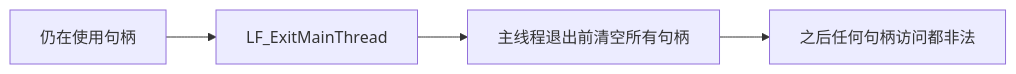
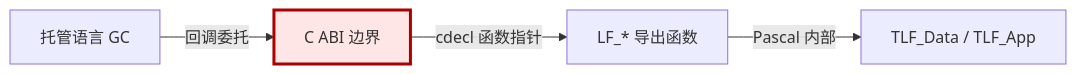
Diagram 14 of 14 in pascal/LingoFuse_Pascal_Complete_Guide.md (PassByYou888/LingoFuse), drawn with Mermaid before and after one commit. The commit also changed other lines of this file and 78 other files, not shown here.

````diff
--- a/pascal/LingoFuse_Pascal_Complete_Guide.md
+++ b/pascal/LingoFuse_Pascal_Complete_Guide.md
@@ -2556,6 +2258,8 @@
 ```mermaid
 flowchart LR
-    A["仍在使用句柄"] --> B["LF_ExitMainThread"]
-    B --> C["主线程退出前清空所有句柄"]
-    C --> D["之后任何句柄访问都非法"]
+    A["托管语言 GC"] -->|"回调委托"| B["C ABI 边界"]
+    B -->|"cdecl 函数指针"| C["LF_* 导出函数"]
+    C -->|"Pascal 内部"| D["TLF_Data / TLF_App"]
+
+    style B fill:#ffe6e6,stroke:#a00,stroke-width:3px
 ```
````
